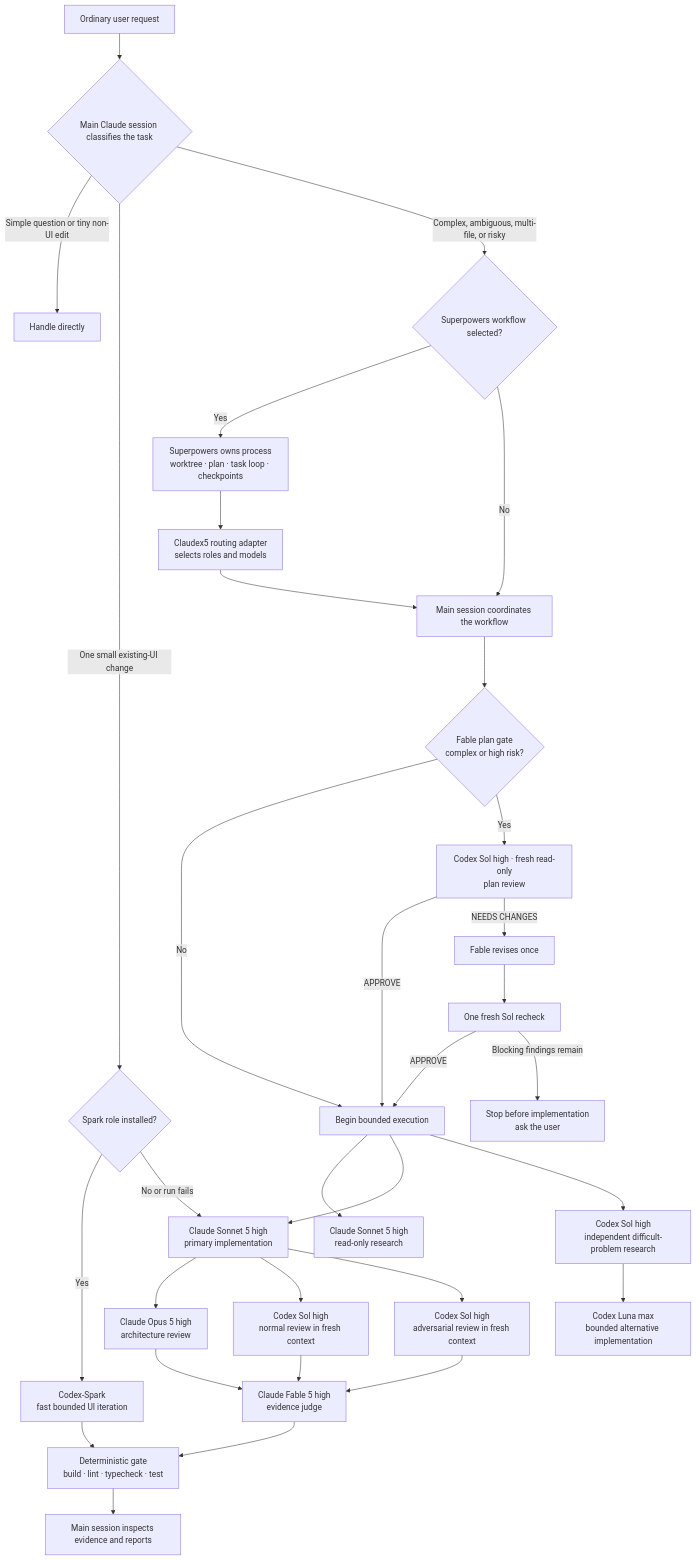
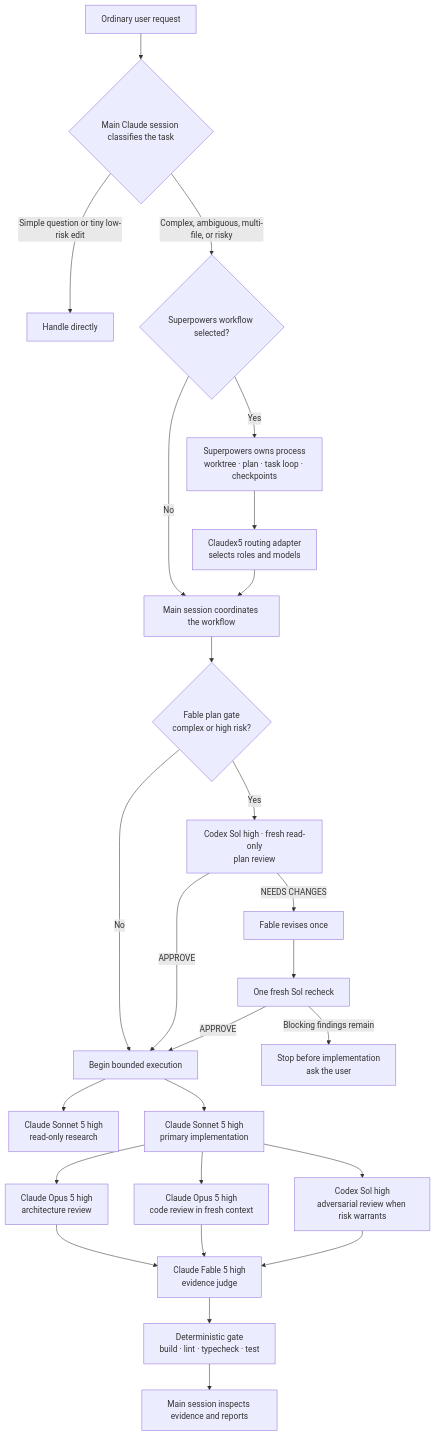
The first of 3 diagrams in README.md (woongjaejung/claudex5-engineering-harness), drawn with Mermaid before and after one commit. The commit also changed other lines of this file and 17 other files, not shown here.

First line of the commit message:
Route normal review to Claude Opus; limit automatic Codex to the two Sol reviews

````diff
--- a/README.md
+++ b/README.md
@@ -27,34 +27,28 @@
 ```mermaid
 flowchart TD
     U["Ordinary user request"] --> C{"Main Claude session classifies the task"}
-    C -->|"Simple question or tiny non-UI edit"| D["Handle directly"]
-    C -->|"One small existing-UI change"| SA{"Spark role installed?"}
-    SA -->|"Yes"| SP["Codex-Spark<br/>fast bounded UI iteration"]
-    SA -->|"No or run fails"| I
+    C -->|"Simple question or tiny low-risk edit"| D["Handle directly"]
     C -->|"Complex, ambiguous, multi-file, or risky"| W{"Superpowers workflow selected?"}
     W -->|"Yes"| SW["Superpowers owns process<br/>worktree · plan · task loop · checkpoints"]
     W -->|"No"| O["Main session coordinates the workflow"]
     SW --> A["Claudex5 routing adapter<br/>selects roles and models"]
     A --> O
     O --> PG{"Fable plan gate<br/>complex or high risk?"}
     PG -->|"No"| E["Begin bounded execution"]
     PG -->|"Yes"| PR["Codex Sol high · fresh read-only<br/>plan review"]
     PR -->|"APPROVE"| E
     PR -->|"NEEDS CHANGES"| RV["Fable revises once"]
     RV --> RR["One fresh Sol recheck"]
     RR -->|"APPROVE"| E
     RR -->|"Blocking findings remain"| H["Stop before implementation<br/>ask the user"]
     E --> R["Claude Sonnet 5 high<br/>read-only research"]
     E --> I["Claude Sonnet 5 high<br/>primary implementation"]
-    E --> SR["Codex Sol high<br/>independent difficult-problem research"]
-    SR --> LI["Codex Luna max<br/>bounded alternative implementation"]
-    SP --> G
     I --> AR["Claude Opus 5 high<br/>architecture review"]
-    I --> NR["Codex Sol high<br/>normal review in fresh context"]
-    I --> XR["Codex Sol high<br/>adversarial review in fresh context"]
+    I --> CR["Claude Opus 5 high<br/>code review in fresh context"]
+    I --> XR["Codex Sol high<br/>adversarial review when risk warrants"]
     AR --> J["Claude Fable 5 high<br/>evidence judge"]
-    NR --> J
+    CR --> J
     XR --> J
     J --> G["Deterministic gate<br/>build · lint · typecheck · test"]
     G --> F["Main session inspects evidence and reports"]
 ```
````
